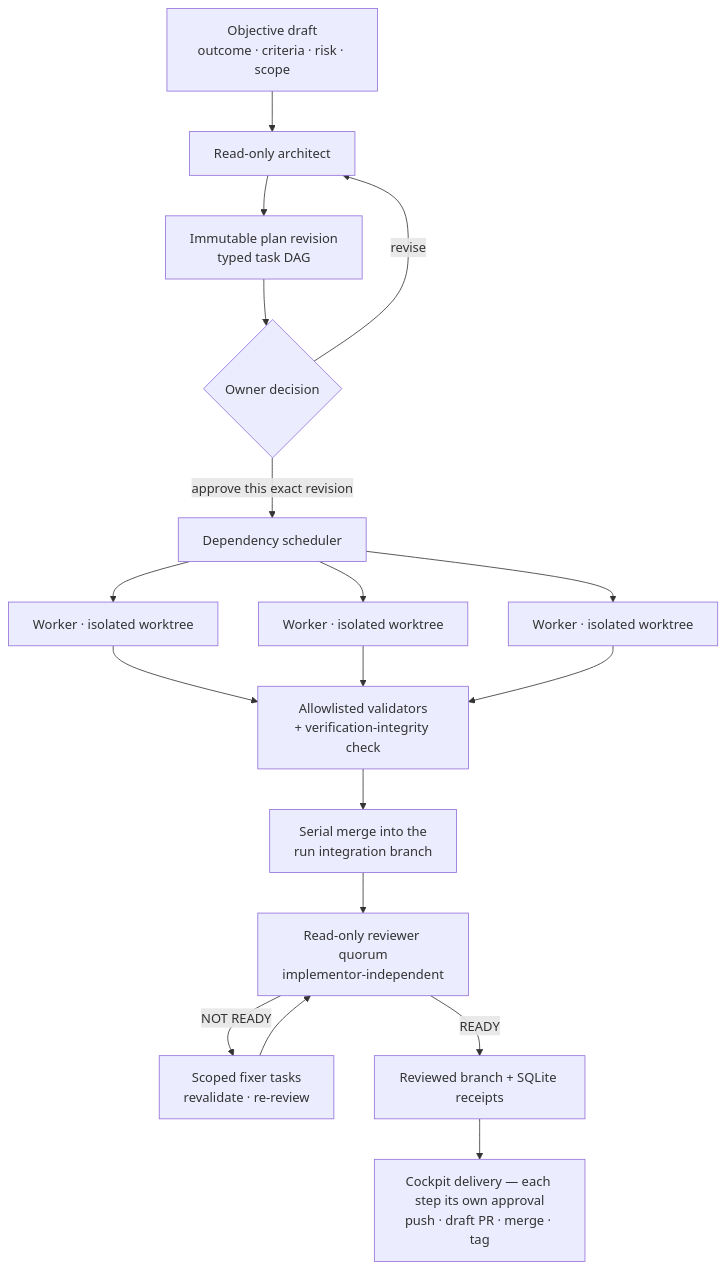
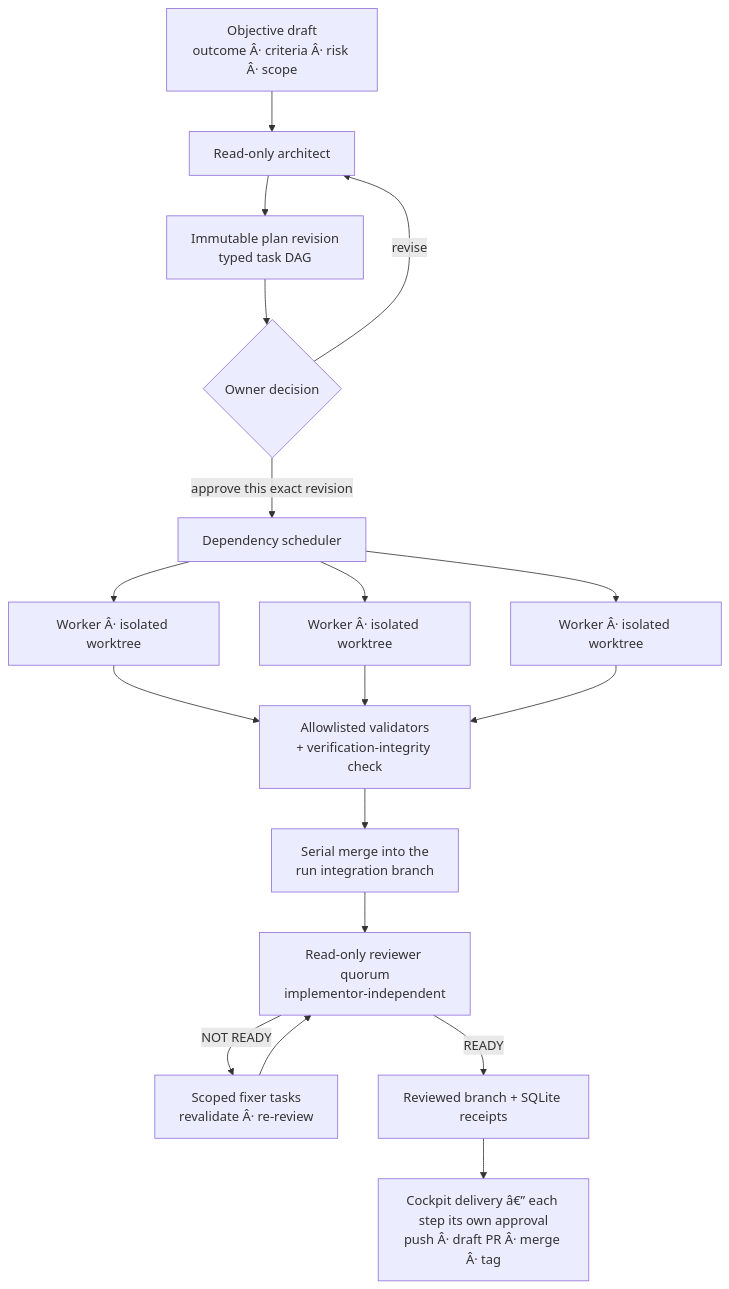
One commit to scottconverse/DevHarmonics changed the diagram in README.md. Above: the diagram before and after it, drawn with Mermaid. The commit also changed other lines of this file and 11 other files, not shown here.

````diff
--- a/README.md
+++ b/README.md
@@ -47,20 +47,20 @@
 ```mermaid
 flowchart TD
-    G["Objective draft<br/>outcome · criteria · risk · scope"] --> A["Read-only architect"]
+    G["Objective draft<br/>outcome Â· criteria Â· risk Â· scope"] --> A["Read-only architect"]
     A --> P["Immutable plan revision<br/>typed task DAG"]
     P --> OK{"Owner decision"}
     OK -->|revise| A
     OK -->|approve this exact revision| S["Dependency scheduler"]
-    S --> W1["Worker · isolated worktree"]
-    S --> W2["Worker · isolated worktree"]
-    S --> W3["Worker · isolated worktree"]
+    S --> W1["Worker Â· isolated worktree"]
+    S --> W2["Worker Â· isolated worktree"]
+    S --> W3["Worker Â· isolated worktree"]
     W1 --> V["Allowlisted validators<br/>+ verification-integrity check"]
     W2 --> V
     W3 --> V
     V --> I["Serial merge into the<br/>run integration branch"]
     I --> R["Read-only reviewer quorum<br/>implementor-independent"]
-    R -->|NOT READY| F["Scoped fixer tasks<br/>revalidate · re-review"]
+    R -->|NOT READY| F["Scoped fixer tasks<br/>revalidate Â· re-review"]
     F --> R
     R -->|READY| D["Reviewed branch + SQLite receipts"]
-    D --> DL["Cockpit delivery — each step its own approval<br/>push · draft PR · merge · tag"]
+    D --> DL["Cockpit delivery â€” each step its own approval<br/>push Â· draft PR Â· merge Â· tag"]
 ```
````
